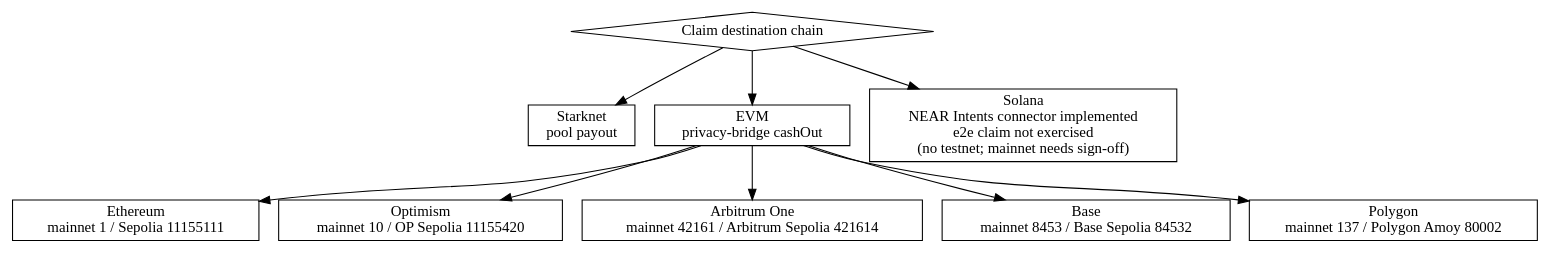
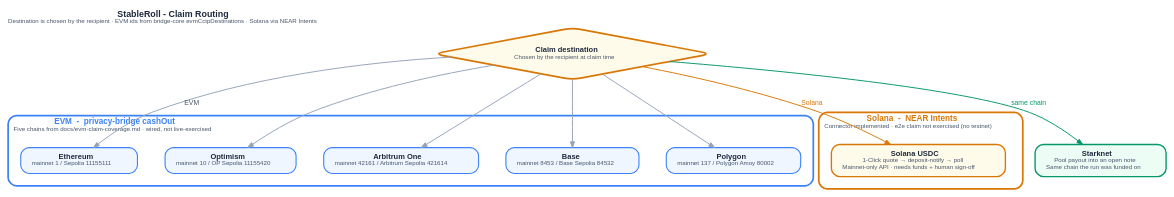
The diagram in diagrams/out/claim-routing.dot (SunsetLabs-Game/stableroll), drawn with Graphviz before and after one commit. The commit also changed 12 other files, not shown here.

Commit message:
feat(diagrams): restyle generator to a lumenwipe-class design system

```diff
--- a/diagrams/out/claim-routing.dot
+++ b/diagrams/out/claim-routing.dot
@@ -1,23 +1,52 @@
 digraph "claim-routing" {
+  bgcolor="transparent";
+  fontname="Helvetica";
+  fontsize="13";
+  fontcolor="#1E293B";
+  labelloc="t";
+  labeljust="l";
+  pad="0.7";
+  nodesep="0.55";
+  ranksep="0.8";
   rankdir="TB";
-  fontname="Times-Roman";
-  fontsize="11";
-  bgcolor="white";
-  dest [label="Claim destination chain", shape="diamond"];
-  starknet [label="Starknet\npool payout", shape="box"];
-  evm [label="EVM\nprivacy-bridge cashOut", shape="box"];
-  ethereum [label="Ethereum\nmainnet 1 / Sepolia 11155111", shape="box"];
-  optimism [label="Optimism\nmainnet 10 / OP Sepolia 11155420", shape="box"];
-  arbitrum [label="Arbitrum One\nmainnet 42161 / Arbitrum Sepolia 421614", shape="box"];
-  base [label="Base\nmainnet 8453 / Base Sepolia 84532", shape="box"];
-  polygon [label="Polygon\nmainnet 137 / Polygon Amoy 80002", shape="box"];
-  solana [label="Solana\nNEAR Intents connector implemented\ne2e claim not exercised\n(no testnet; mainnet needs sign-off)", shape="box"];
-  dest -> starknet;
-  dest -> evm;
-  dest -> solana;
-  evm -> ethereum;
-  evm -> optimism;
-  evm -> arbitrum;
-  evm -> base;
-  evm -> polygon;
+  splines="spline";
+  size="16,10";
+  label=<<B>StableRoll - Claim Routing</B><BR/><FONT POINT-SIZE="9" COLOR="#475569">Destination is chosen by the recipient · EVM ids from bridge-core evmCctpDestinations · Solana via NEAR Intents</FONT>>;
+  node [shape="box", style="filled,rounded", fillcolor="#F8FAFC", color="#64748B", fontname="Helvetica", fontsize="11", fontcolor="#1E293B", margin="0.22,0.13", penwidth="1.6"];
+  edge [color="#94A3B8", fontname="Helvetica", fontsize="10", fontcolor="#475569", arrowsize="0.85", penwidth="1.4"];
+  subgraph cluster_evm {
+    label=<<B>EVM  -  privacy-bridge cashOut</B><BR/><FONT POINT-SIZE="9" COLOR="#475569">Five chains from docs/evm-claim-coverage.md · wired, not live-exercised</FONT>>;
+    style="rounded";
+    color="#3B82F6";
+    fontcolor="#3B82F6";
+    fontname="Helvetica";
+    fontsize="12";
+    penwidth="2.5";
+    margin="18";
+    ethereum [label=<<B>Ethereum</B><BR/><FONT POINT-SIZE="9" COLOR="#475569">mainnet 1 / Sepolia 11155111</FONT>>, fillcolor="#EFF6FF", color="#3B82F6"];
+    optimism [label=<<B>Optimism</B><BR/><FONT POINT-SIZE="9" COLOR="#475569">mainnet 10 / OP Sepolia 11155420</FONT>>, fillcolor="#EFF6FF", color="#3B82F6"];
+    arbitrum [label=<<B>Arbitrum One</B><BR/><FONT POINT-SIZE="9" COLOR="#475569">mainnet 42161 / Arbitrum Sepolia 421614</FONT>>, fillcolor="#EFF6FF", color="#3B82F6"];
+    base [label=<<B>Base</B><BR/><FONT POINT-SIZE="9" COLOR="#475569">mainnet 8453 / Base Sepolia 84532</FONT>>, fillcolor="#EFF6FF", color="#3B82F6"];
+    polygon [label=<<B>Polygon</B><BR/><FONT POINT-SIZE="9" COLOR="#475569">mainnet 137 / Polygon Amoy 80002</FONT>>, fillcolor="#EFF6FF", color="#3B82F6"];
+  }
+  subgraph cluster_solana {
+    label=<<B>Solana  -  NEAR Intents</B><BR/><FONT POINT-SIZE="9" COLOR="#475569">Connector implemented · e2e claim not exercised (no testnet)</FONT>>;
+    style="rounded";
+    color="#D97706";
+    fontcolor="#D97706";
+    fontname="Helvetica";
+    fontsize="12";
+    penwidth="2.5";
+    margin="18";
+    solana [label=<<B>Solana USDC</B><BR/><FONT POINT-SIZE="9" COLOR="#475569">1-Click quote → deposit-notify → poll</FONT><BR/><FONT POINT-SIZE="9" COLOR="#475569">Mainnet-only API · needs funds + human sign-off</FONT>>, fillcolor="#FFFBEB", color="#D97706", penwidth="2"];
+  }
+  dest [label=<<B>Claim destination</B><BR/><FONT POINT-SIZE="9" COLOR="#475569">Chosen by the recipient at claim time</FONT>>, fillcolor="#FFFBEB", color="#D97706", shape="diamond", penwidth="2.5"];
+  starknet [label=<<B>Starknet</B><BR/><FONT POINT-SIZE="9" COLOR="#475569">Pool payout into an open note</FONT><BR/><FONT POINT-SIZE="9" COLOR="#475569">Same chain the run was funded on</FONT>>, fillcolor="#ECFDF5", color="#059669", penwidth="2"];
+  dest -> starknet [color="#059669", label="same chain", fontcolor="#059669"];
+  dest -> ethereum [color="#94A3B8", label="EVM"];
+  dest -> optimism [color="#94A3B8"];
+  dest -> arbitrum [color="#94A3B8"];
+  dest -> base [color="#94A3B8"];
+  dest -> polygon [color="#94A3B8"];
+  dest -> solana [color="#D97706", label="Solana", fontcolor="#D97706"];
 }
```
